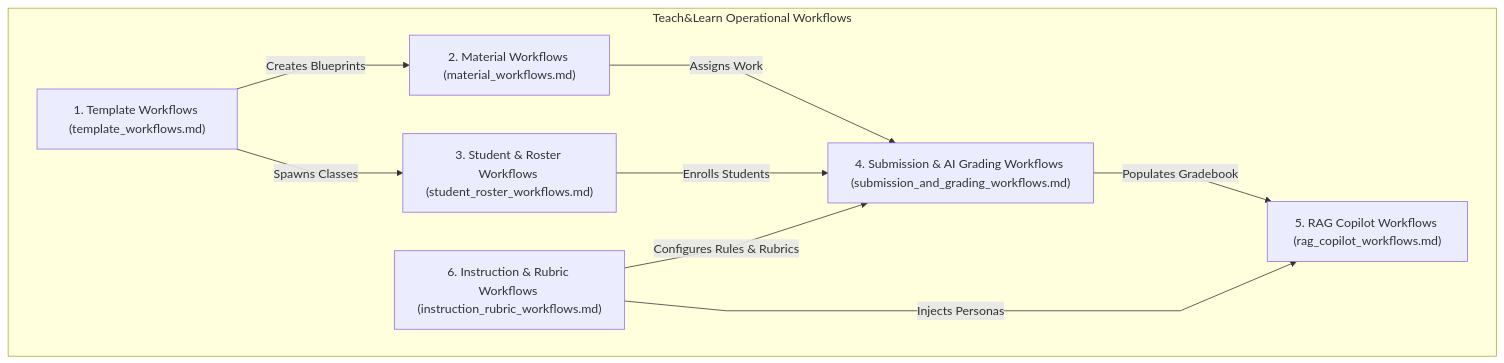
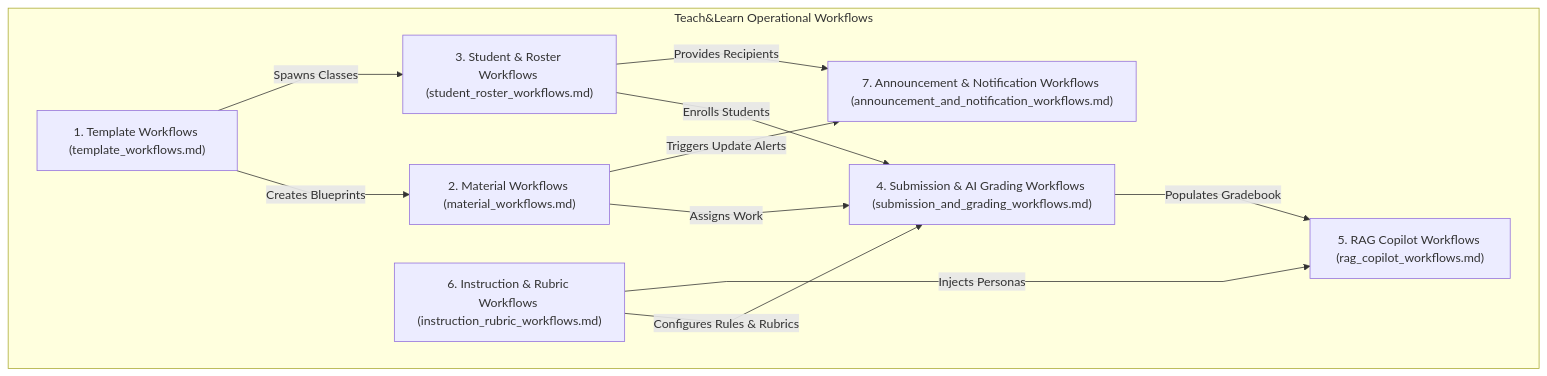
The diagram in systems/workflows/README.md (VictorBravo9er/Teacher-Assistant-Workspace), drawn with Mermaid before and after one commit. The commit also changed other lines of this file and 25 other files, not shown here.

````diff
--- a/systems/workflows/README.md
+++ b/systems/workflows/README.md
@@ -11,20 +11,23 @@
 ```mermaid
 %%{init: {'flowchart': {'curve': 'linear'}}}%%
 flowchart TD
     subgraph MasterWorkflows["Teach&Learn Operational Workflows"]
         W1["1. Template Workflows (template_workflows.md)"]
         W2["2. Material Workflows (material_workflows.md)"]
         W3["3. Student & Roster Workflows (student_roster_workflows.md)"]
         W4["4. Submission & AI Grading Workflows (submission_and_grading_workflows.md)"]
         W5["5. RAG Copilot Workflows (rag_copilot_workflows.md)"]
         W6["6. Instruction & Rubric Workflows (instruction_rubric_workflows.md)"]
+        W7["7. Announcement & Notification Workflows (announcement_and_notification_workflows.md)"]
     end
 
     W1 -->|Creates Blueprints| W2
     W1 -->|Spawns Classes| W3
     W2 -->|Assigns Work| W4
     W3 -->|Enrolls Students| W4
     W4 -->|Populates Gradebook| W5
     W6 -->|Configures Rules & Rubrics| W4
     W6 -->|Injects Personas| W5
+    W3 -->|Provides Recipients| W7
+    W2 -->|Triggers Update Alerts| W7
 ```
````
